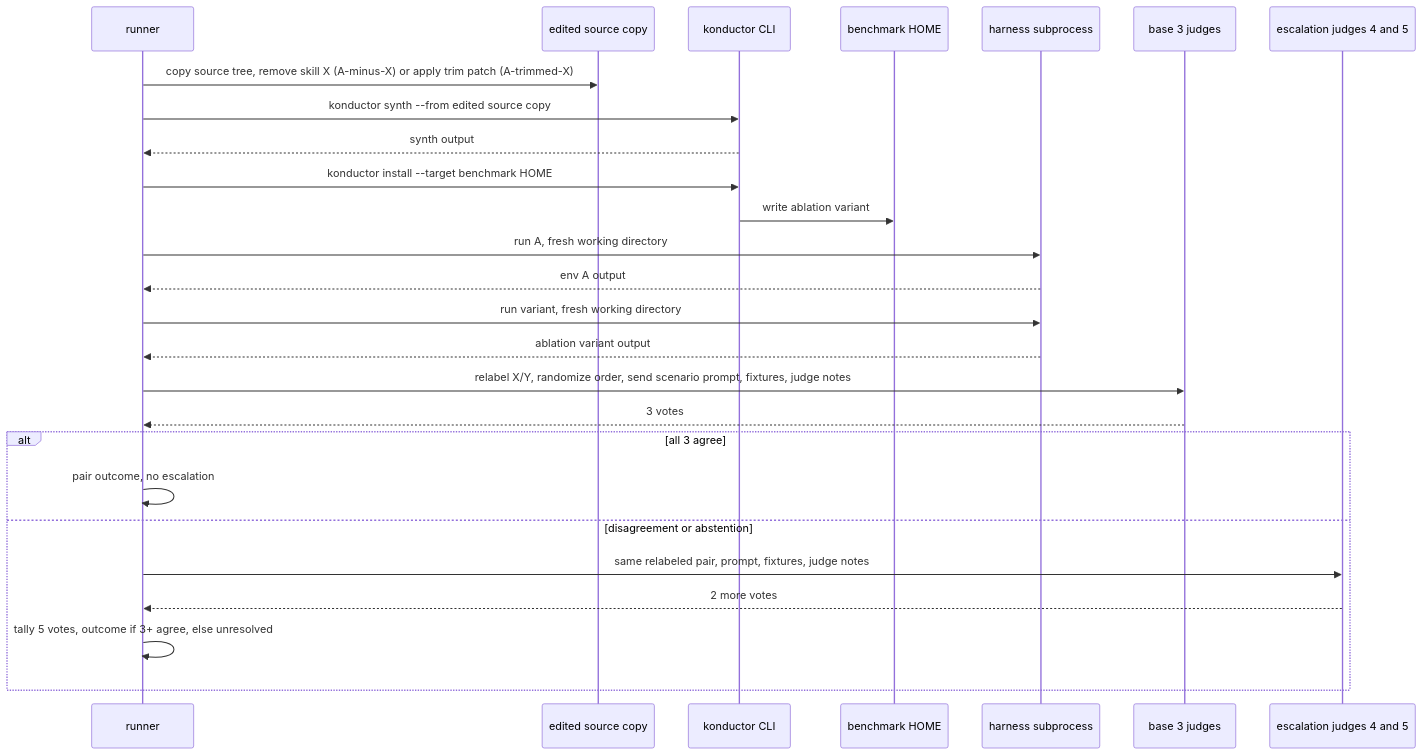
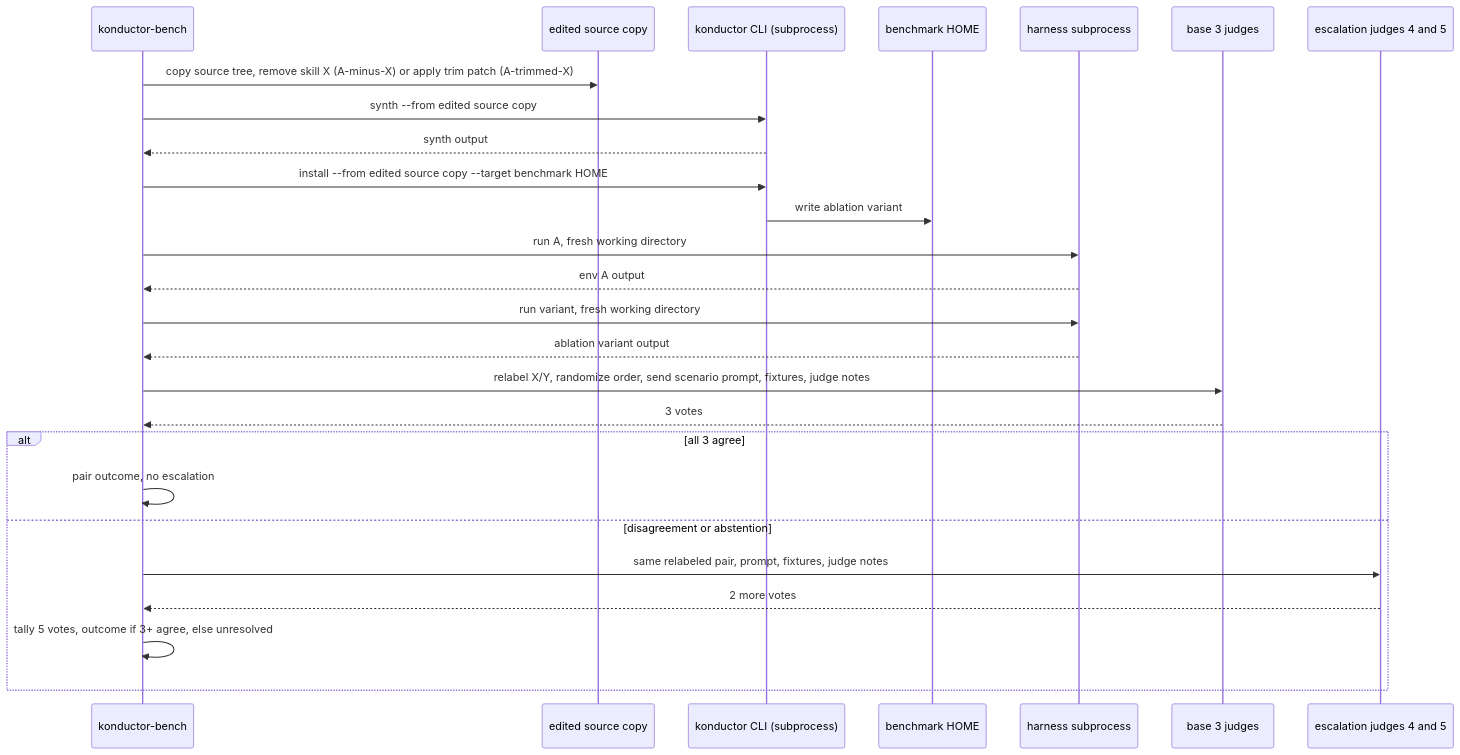
The fifth of 5 diagrams in .konductor/designs/benchmarking/design.md (aws-solutions/konductor), drawn with Mermaid before and after one commit. The commit also changed other lines of this file, not shown here.

First line of the commit message:
docs(benchmarking): separate konductor-bench binary, clone required

````diff
--- a/.konductor/designs/benchmarking/design.md
+++ b/.konductor/designs/benchmarking/design.md
@@ -252,34 +265,34 @@
 ```mermaid
 sequenceDiagram
-    participant Runner as runner
+    participant Bench as konductor-bench
     participant Src as edited source copy
-    participant CLI as konductor CLI
+    participant Konductor as konductor CLI (subprocess)
     participant Home as benchmark HOME
     participant Sub as harness subprocess
     participant J3 as base 3 judges
     participant J5 as escalation judges 4 and 5
 
-    Runner->>Src: copy source tree, remove skill X (A-minus-X) or apply trim patch (A-trimmed-X)
-    Runner->>CLI: konductor synth --from edited source copy
-    CLI-->>Runner: synth output
+    Bench->>Src: copy source tree, remove skill X (A-minus-X) or apply trim patch (A-trimmed-X)
+    Bench->>Konductor: synth --from edited source copy
+    Konductor-->>Bench: synth output
 
-    Runner->>CLI: konductor install --target benchmark HOME
-    CLI->>Home: write ablation variant
+    Bench->>Konductor: install --from edited source copy --target benchmark HOME
+    Konductor->>Home: write ablation variant
 
-    Runner->>Sub: run A, fresh working directory
-    Sub-->>Runner: env A output
+    Bench->>Sub: run A, fresh working directory
+    Sub-->>Bench: env A output
 
-    Runner->>Sub: run variant, fresh working directory
-    Sub-->>Runner: ablation variant output
+    Bench->>Sub: run variant, fresh working directory
+    Sub-->>Bench: ablation variant output
 
-    Runner->>J3: relabel X/Y, randomize order, send scenario prompt, fixtures, judge notes
-    J3-->>Runner: 3 votes
+    Bench->>J3: relabel X/Y, randomize order, send scenario prompt, fixtures, judge notes
+    J3-->>Bench: 3 votes
 
     alt all 3 agree
-        Runner->>Runner: pair outcome, no escalation
+        Bench->>Bench: pair outcome, no escalation
     else disagreement or abstention
-        Runner->>J5: same relabeled pair, prompt, fixtures, judge notes
-        J5-->>Runner: 2 more votes
-        Runner->>Runner: tally 5 votes, outcome if 3+ agree, else unresolved
+        Bench->>J5: same relabeled pair, prompt, fixtures, judge notes
+        J5-->>Bench: 2 more votes
+        Bench->>Bench: tally 5 votes, outcome if 3+ agree, else unresolved
     end
 ```
````
